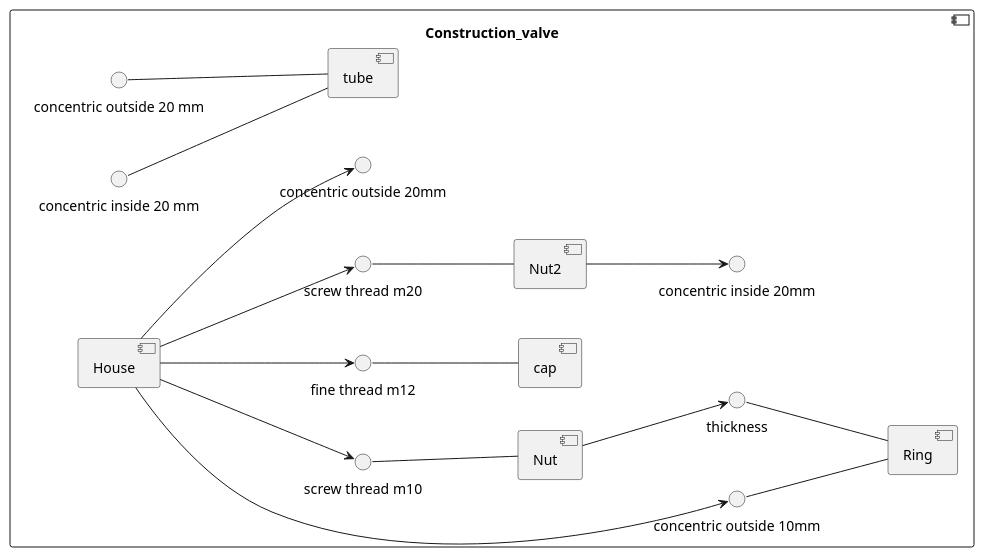
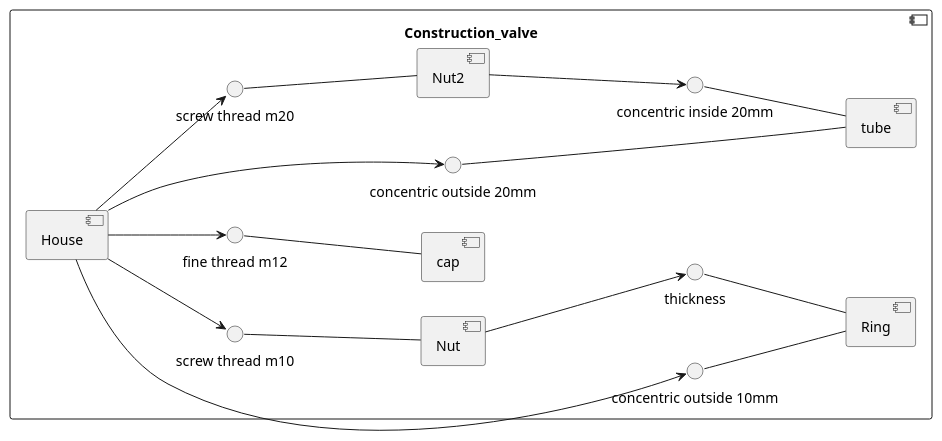
The second of 2 diagrams in src/Introduction.md (Timon14kraan/Project-Proces-and-Safety), drawn with PlantUML before and after one commit.

Commit message:
aanpassingen

````diff
--- a/src/Introduction.md
+++ b/src/Introduction.md
@@ -63,39 +63,39 @@
 ```plantuml
 @startuml Process_and_Safety
 skinparam backgroundColor transparent
 left to right direction
 'skinparam linetype ortho
 
 component Construction_valve {
     
     [Ring]
     () "concentric outside 10mm" -- Ring
     () "thickness" -- Ring
 
     [Nut]
     () "screw thread m10" -- Nut
     Nut --> "thickness"
 
     [cap]
     () "fine thread m12" -- cap
 
     [tube]
-    () "concentric outside 20 mm" -- tube
-    () "concentric inside 20 mm" -- tube
+    () "concentric outside 20mm" -- tube
+    () "concentric inside 20mm" -- tube
 
     [Nut2]
     () "screw thread m20" -- Nut2
      Nut2 --> "concentric inside 20mm"
 
 
     [House]
     House --> "concentric outside 10mm"
     House --> "screw thread m10"
     House --> "concentric outside 20mm"
     House --> "screw thread m20"
     House --> "fine thread m12"
     
 }
 
 @enduml
 ```
````
